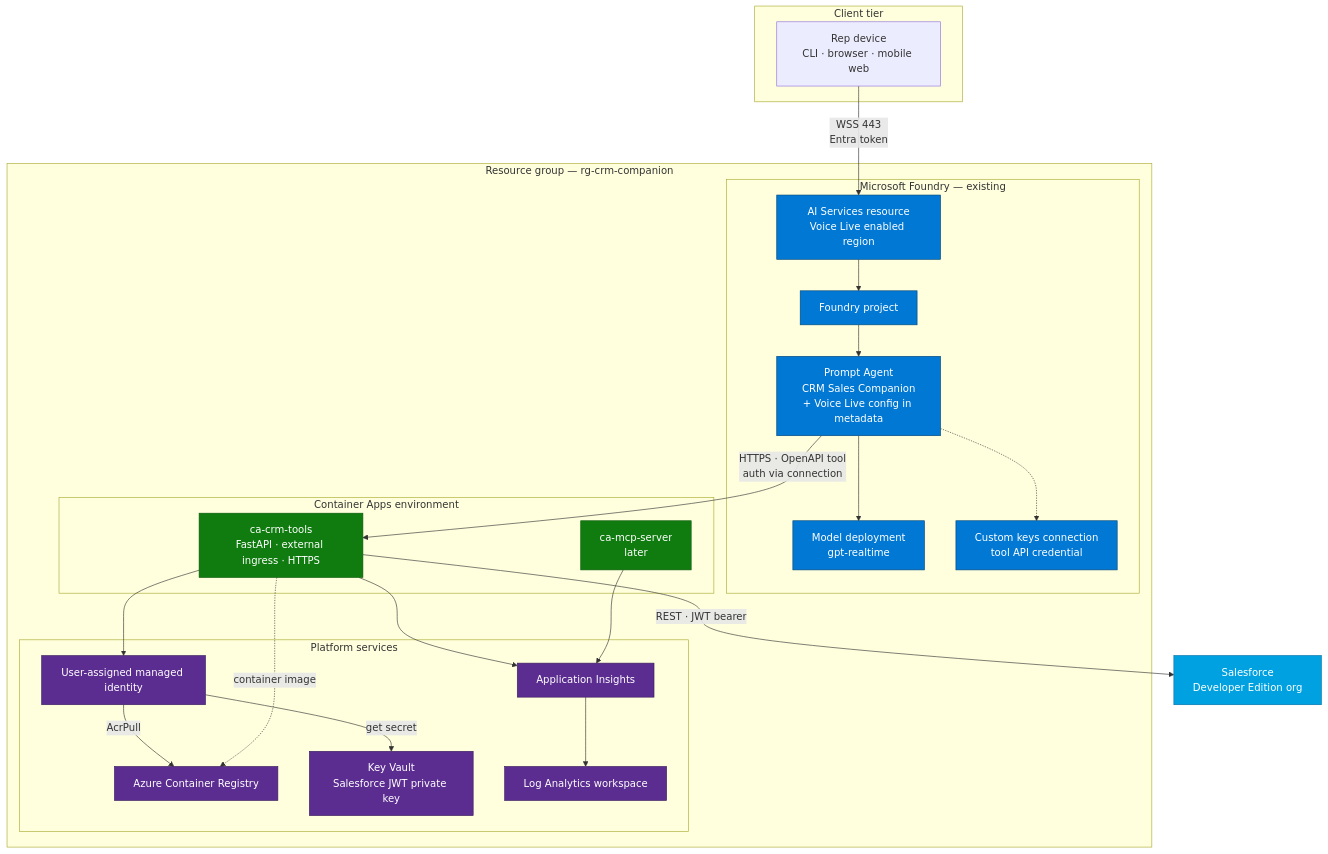
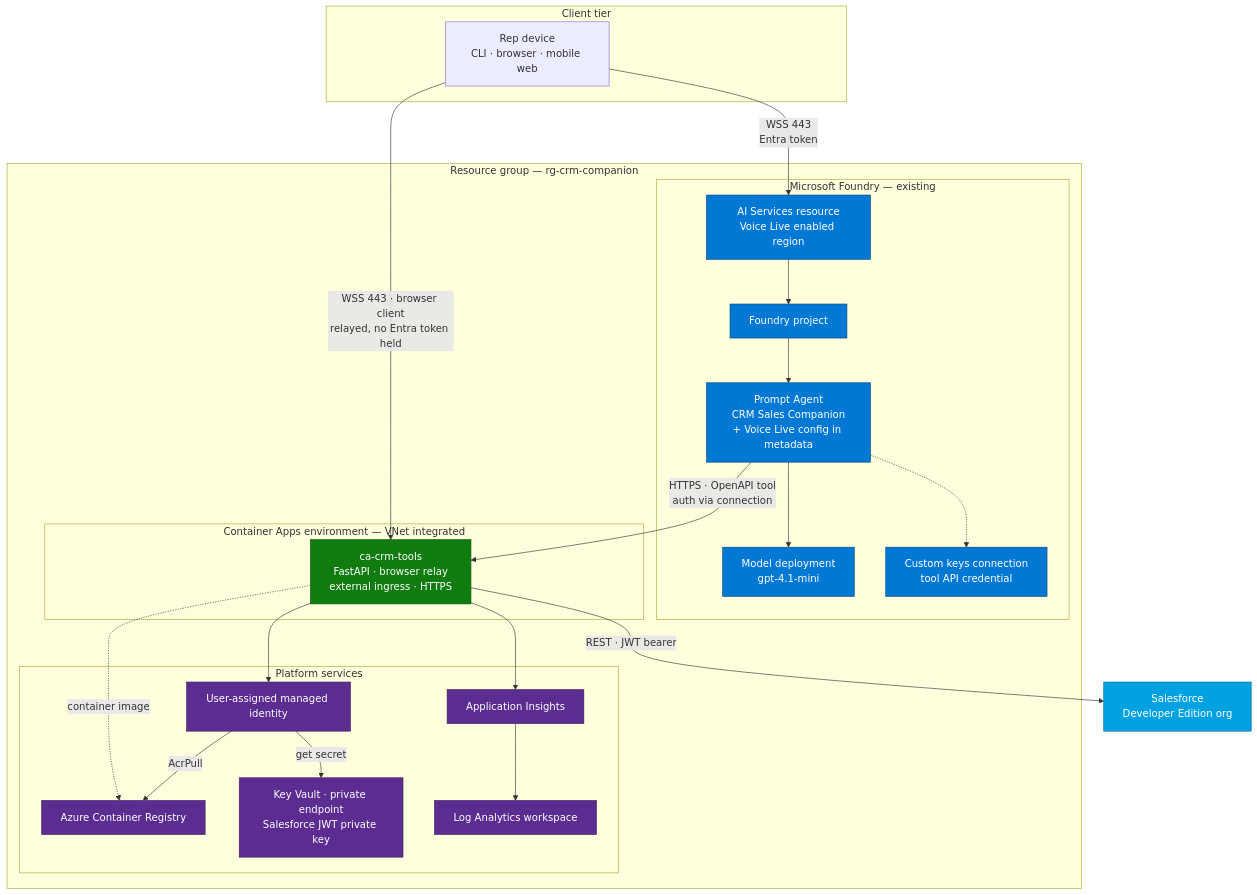
The sixth of 7 diagrams in README.md (mikefelder/foundry-voice-agent-crm-poc), drawn with Mermaid before and after one commit. The commit also changed other lines of this file and 19 other files, not shown here.

````diff
--- a/README.md
+++ b/README.md
@@ -613,55 +662,54 @@
 ```mermaid
 graph TB
     subgraph Edge["Client tier"]
         DEV["Rep device<br/>CLI · browser · mobile web"]
     end
 
     subgraph RG["Resource group — rg-crm-companion"]
         subgraph AI["Microsoft Foundry — existing"]
             FRES["AI Services resource<br/>Voice Live enabled region"]
             PROJ["Foundry project"]
             AGT["Prompt Agent<br/>CRM Sales Companion<br/>+ Voice Live config in metadata"]
-            MDL["Model deployment<br/>gpt-realtime"]
+            MDL["Model deployment<br/>gpt-4.1-mini"]
             CONN["Custom keys connection<br/>tool API credential"]
         end
 
-        subgraph COMPUTE["Container Apps environment"]
-            CAPP["ca-crm-tools<br/>FastAPI · external ingress · HTTPS"]
-            CMCP["ca-mcp-server<br/>later"]
+        subgraph COMPUTE["Container Apps environment — VNet integrated"]
+            CAPP["ca-crm-tools<br/>FastAPI · browser relay<br/>external ingress · HTTPS"]
         end
 
         subgraph SUPPORT["Platform services"]
             ACR["Azure Container Registry"]
             UAMI["User-assigned managed identity"]
-            KVLT["Key Vault<br/>Salesforce JWT private key"]
+            KVLT["Key Vault · private endpoint<br/>Salesforce JWT private key"]
             LAW["Log Analytics workspace"]
             APPI["Application Insights"]
         end
     end
 
     SFDC["Salesforce<br/>Developer Edition org"]
 
     DEV -->|"WSS 443<br/>Entra token"| FRES
+    DEV -->|"WSS 443 · browser client<br/>relayed, no Entra token held"| CAPP
     FRES --> PROJ
     PROJ --> AGT
     AGT --> MDL
     AGT -->|"HTTPS · OpenAPI tool<br/>auth via connection"| CAPP
     AGT -.-> CONN
     CAPP --> UAMI
     UAMI -->|"AcrPull"| ACR
     UAMI -->|"get secret"| KVLT
     CAPP -->|"REST · JWT bearer"| SFDC
     CAPP --> APPI
-    CMCP --> APPI
     APPI --> LAW
     CAPP -.->|"container image"| ACR
 
     classDef foundry fill:#0078D4,stroke:#004578,color:#fff
     classDef compute fill:#107C10,stroke:#0B5A0B,color:#fff
     classDef platform fill:#5C2D91,stroke:#3B1D5E,color:#fff
     classDef ext fill:#00A1E0,stroke:#0071A8,color:#fff
     class FRES,PROJ,AGT,MDL,CONN foundry
-    class CAPP,CMCP compute
+    class CAPP compute
     class ACR,UAMI,KVLT,LAW,APPI platform
     class SFDC ext
 ```
````
